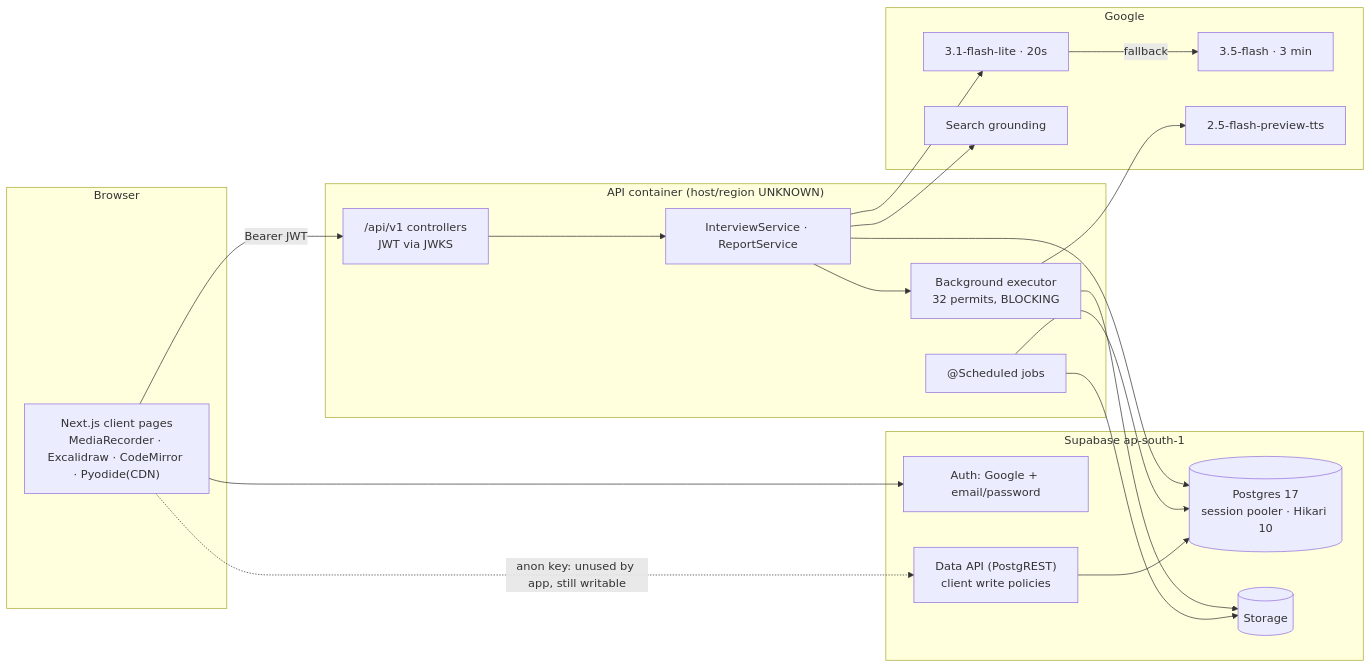
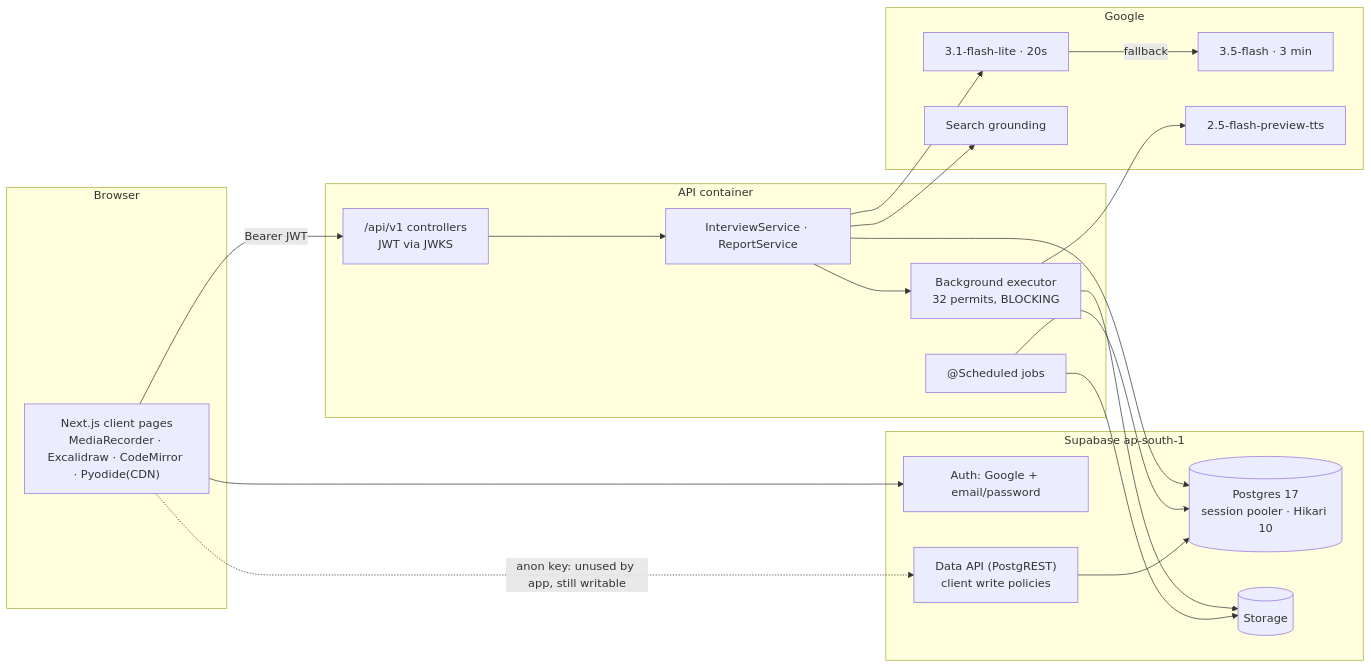
The first of 2 diagrams in docs/audits/architecture-audit.md (namankau/AIInterviewer), drawn with Mermaid before and after one commit. The commit also changed other lines of this file and 1 other file, not shown here.

First line of the commit message:
docs: split the architecture audit into a launch plan and a reference

````diff
--- a/docs/audits/architecture-audit.md
+++ b/docs/audits/architecture-audit.md
@@ -45,34 +465,34 @@
 ```mermaid
 flowchart LR
   subgraph Browser
     W["Next.js client pages<br/>MediaRecorder · Excalidraw · CodeMirror · Pyodide(CDN)"]
   end
-  subgraph ApiHost["API container (host/region UNKNOWN)"]
+  subgraph ApiHost["API container"]
     C["/api/v1 controllers<br/>JWT via JWKS"]
     S["InterviewService · ReportService"]
     EX["Background executor<br/>32 permits, BLOCKING"]
     J["@Scheduled jobs"]
   end
   subgraph Supabase["Supabase ap-south-1"]
     A["Auth: Google + email/password"]
     PG[("Postgres 17<br/>session pooler · Hikari 10")]
     ST[("Storage")]
     PR["Data API (PostgREST)<br/>client write policies"]
   end
   subgraph Google
     G1["3.1-flash-lite · 20s"]
     G2["3.5-flash · 3 min"]
     TTS["2.5-flash-preview-tts"]
     GS["Search grounding"]
   end
   W -->|Bearer JWT| C
   W --> A
   W -. "anon key: unused by app, still writable" .-> PR
   C --> S --> PG
   S --> G1 -->|fallback| G2
   S --> EX --> TTS
   EX --> ST
   S --> GS
   J --> PG & ST
   PR --> PG
 ```
````
